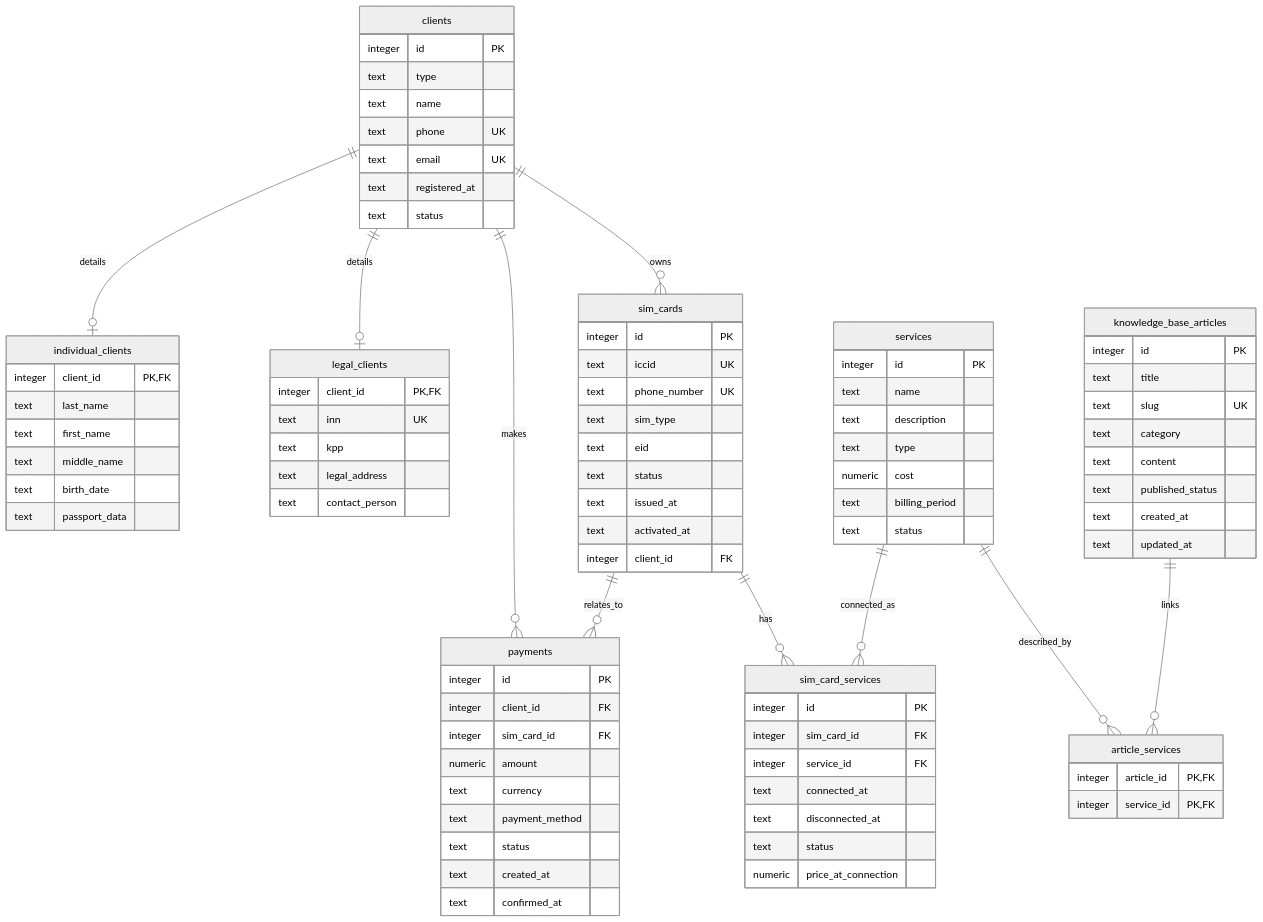
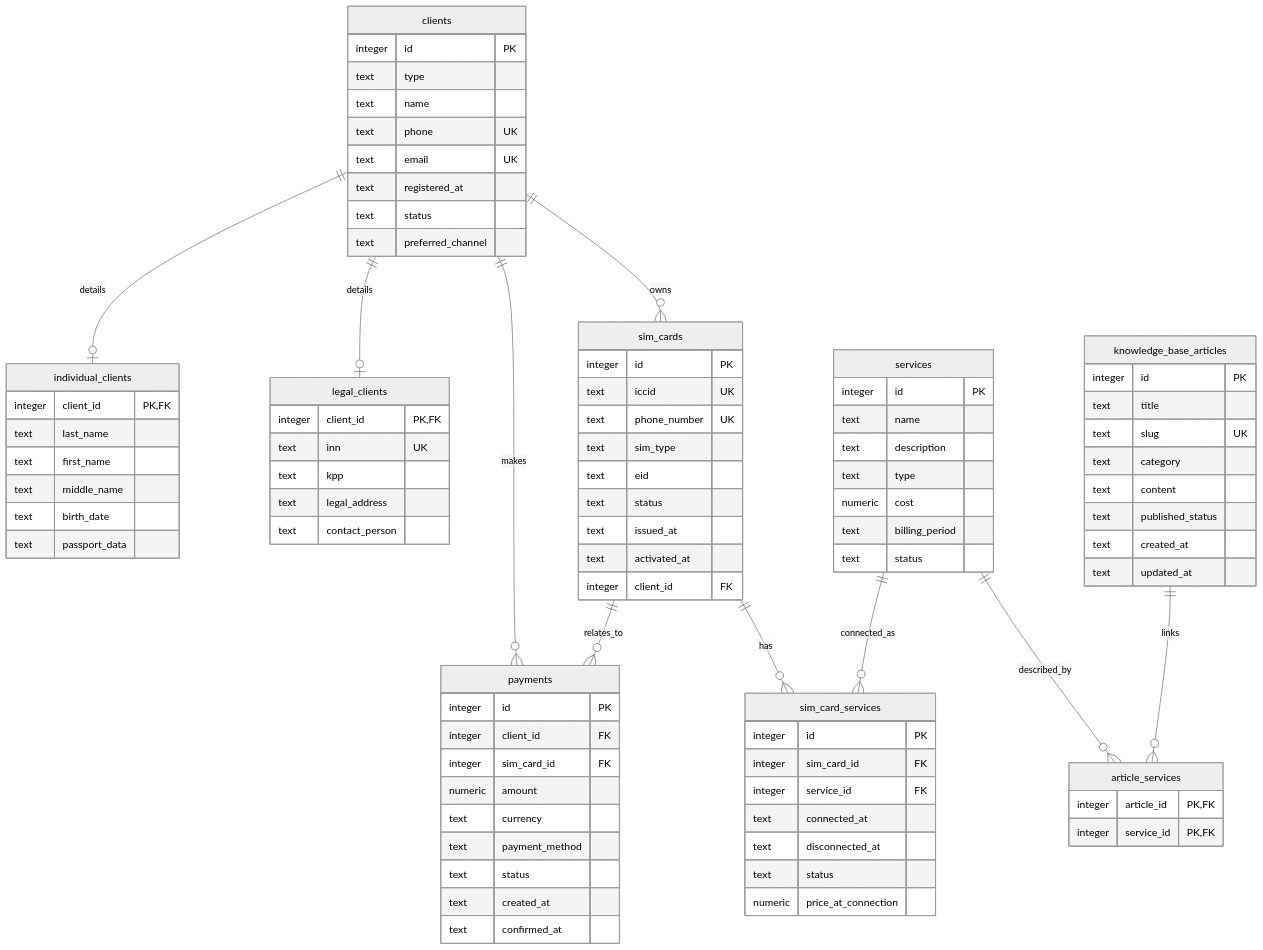
One commit to Ceebot/deepcoding-guides changed the diagram in project/docs/erd.md. Above: the diagram before and after it, drawn with Mermaid (neutral theme). The commit also changed 14 other files, not shown here.

Commit message:
Добавлены миграции для поля `preferred_channel` в таблице `clients`, обновлены схемы и тесты. Создан черновик для очистки неудачных платежей и документ с запросом на новое поле у клиента.

```diff
--- a/project/docs/erd.md
+++ b/project/docs/erd.md
@@ -20,6 +20,7 @@
         text email UK
         text registered_at
         text status
+        text preferred_channel
     }
 
     individual_clients {
```
